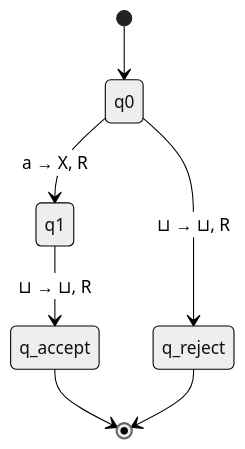
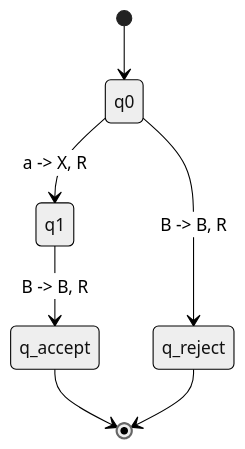
One commit to manishkumar8312/CS-Fundamentals changed the second of 5 diagrams in Theory Of Computation/Ch09 - Turing Machine.md. Above: the diagram before and after it, drawn with Mermaid (neutral theme). The commit also changed other lines of this file, not shown here.

````diff
--- a/Theory Of Computation/Ch09 - Turing Machine.md
+++ b/Theory Of Computation/Ch09 - Turing Machine.md
@@ -72,9 +80,9 @@
 ```mermaid
 stateDiagram-v2
     [*] --> q0
-    q0 --> q1: a → X, R
-    q0 --> q_reject: ⊔ → ⊔, R
-    q1 --> q_accept: ⊔ → ⊔, R
+    q0 --> q1: a -> X, R
+    q0 --> q_reject: B -> B, R
+    q1 --> q_accept: B -> B, R
     q_accept --> [*]
     q_reject --> [*]
 ```
````
